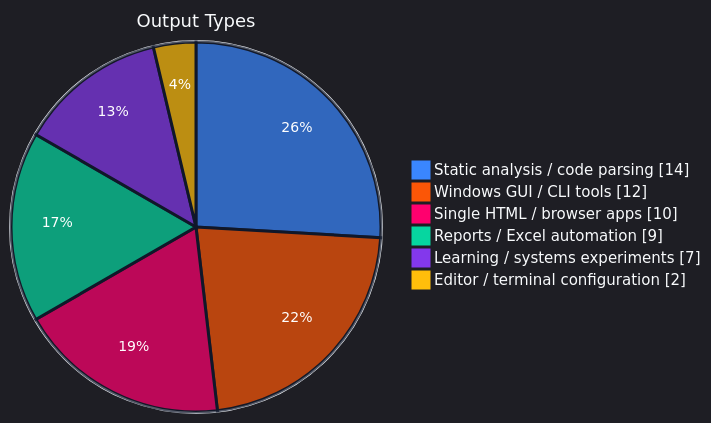
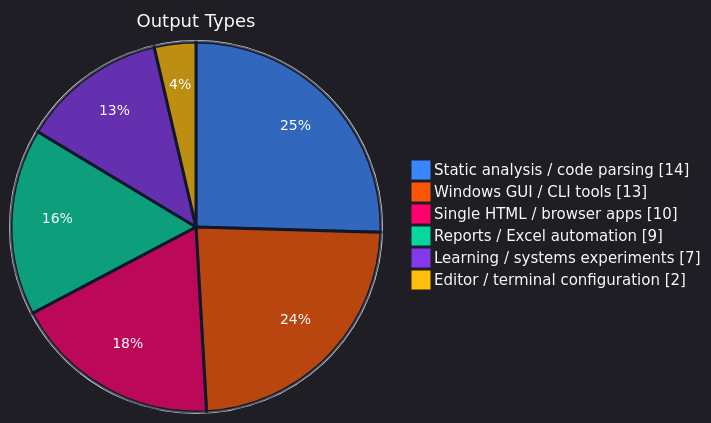
Before and after one commit to SSsan-00/SSsan-00: the second of 4 diagrams in README.md, drawn with Mermaid. The commit also changed other lines of this file and 2 other files, not shown here.

Commit message:
chore: update profile visuals

````diff
--- a/README.md
+++ b/README.md
@@ -56,11 +56,11 @@
 ```mermaid
 %%{init: {"theme":"dark","themeVariables":{"background":"#0f172a","mainBkg":"#0f172a","textColor":"#f8fafc","primaryTextColor":"#f8fafc","pieStrokeColor":"#0f172a","pieStrokeWidth":"3px","pieOuterStrokeColor":"#f8fafc","pieOuterStrokeWidth":"2px","pieTitleTextColor":"#f8fafc","pieTitleTextSize":"18px","pieLegendTextColor":"#f8fafc","pieLegendTextSize":"15px","pieSectionTextColor":"#ffffff","pieSectionTextSize":"14px","pie1":"#3a86ff","pie2":"#fb5607","pie3":"#ff006e","pie4":"#06d6a0","pie5":"#8338ec","pie6":"#ffbe0b"}}}%%
 pie showData
   title Output Types
   "Static analysis / code parsing" : 14
-  "Windows GUI / CLI tools" : 12
+  "Windows GUI / CLI tools" : 13
   "Single HTML / browser apps" : 10
   "Reports / Excel automation" : 9
   "Learning / systems experiments" : 7
   "Editor / terminal configuration" : 2
 ```
````
